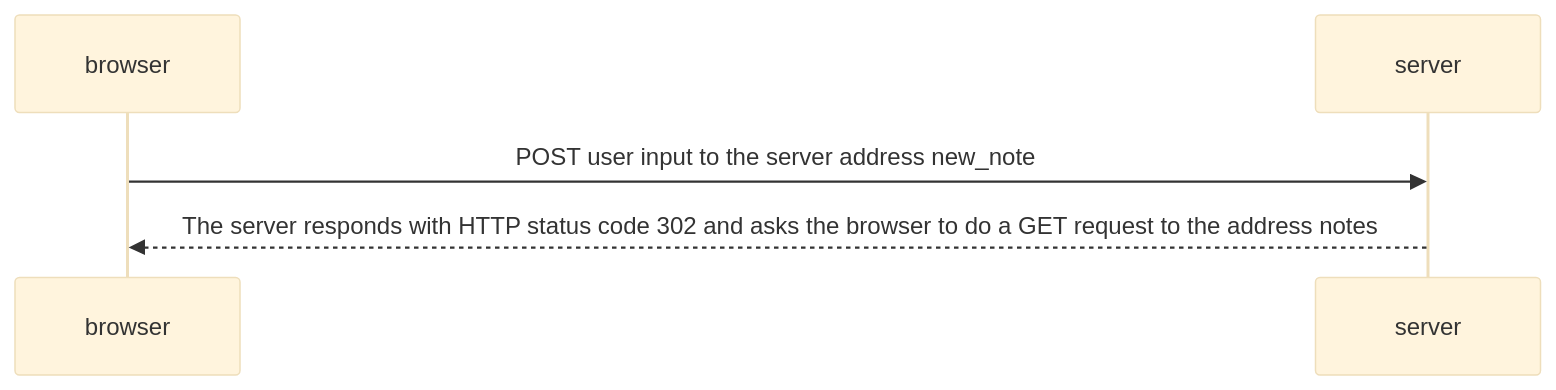
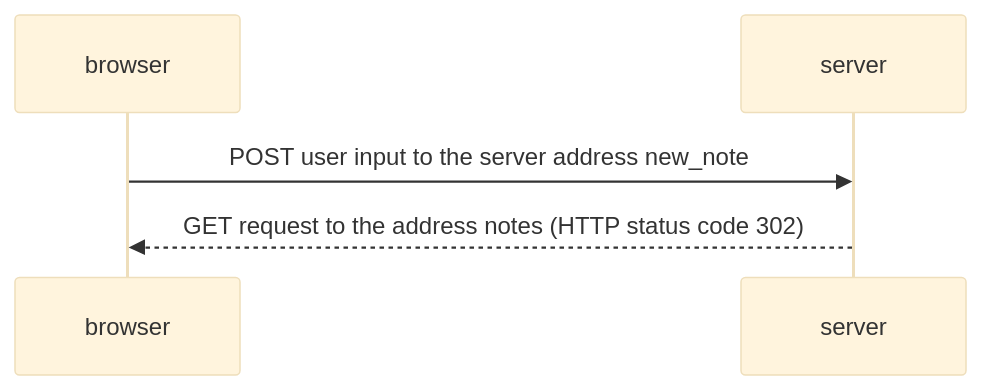
One commit to early-dew/FullStackOpen changed the diagram in Part0.md. Above: the diagram before and after it, drawn with Mermaid (base theme).

````diff
--- a/Part0.md
+++ b/Part0.md
@@ -1,7 +1,7 @@
 ```mermaid
 sequenceDiagram
  participant browser
  participant server
  browser->>server: POST user input to the server address new_note
- server-->>browser: The server responds with HTTP status code 302 and asks the browser to do a GET request to the address notes
+ server-->>browser: GET request to the address notes (HTTP status code 302)
 ```
````
